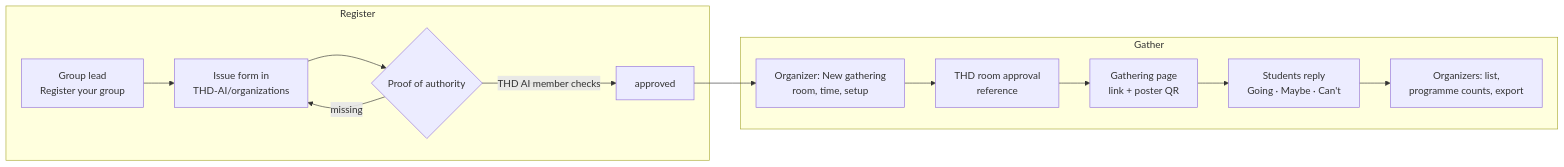
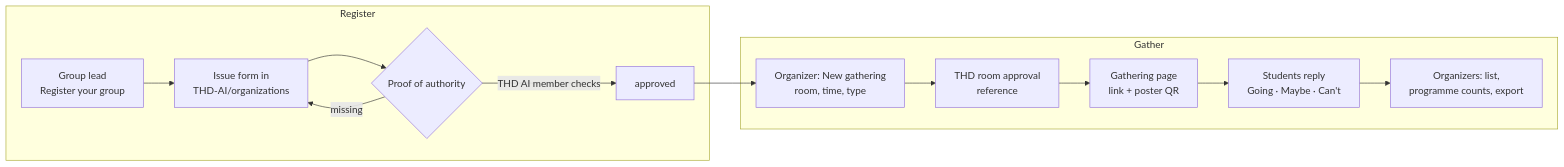
The diagram in docs/product/organizations.md (Aaqibhafeezkhan/THD-Room-Finder), drawn with Mermaid before and after one commit. The commit also changed other lines of this file and 2 other files, not shown here.

````diff
--- a/docs/product/organizations.md
+++ b/docs/product/organizations.md
@@ -93,16 +112,16 @@
 ```mermaid
 flowchart LR
   subgraph Register
     A[Group lead<br/>Register your group] --> B[Issue form in<br/>THD-AI/organizations]
     B --> C{Proof of authority}
     C -->|THD AI member checks| D[approved]
     C -->|missing| B
   end
   subgraph Gather
-    D --> E[Organizer: New gathering<br/>room, time, setup]
+    D --> E[Organizer: New gathering<br/>room, time, type]
     E --> F[THD room approval<br/>reference]
     F --> G[Gathering page<br/>link + poster QR]
     G --> H[Students reply<br/>Going · Maybe · Can't]
     H --> I[Organizers: list,<br/>programme counts, export]
   end
 ```
````
